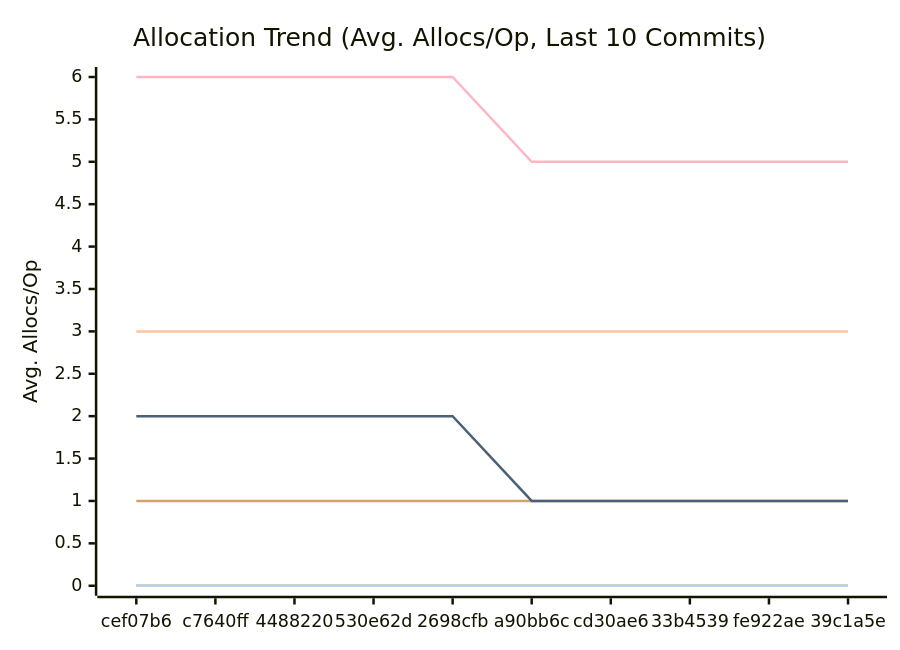
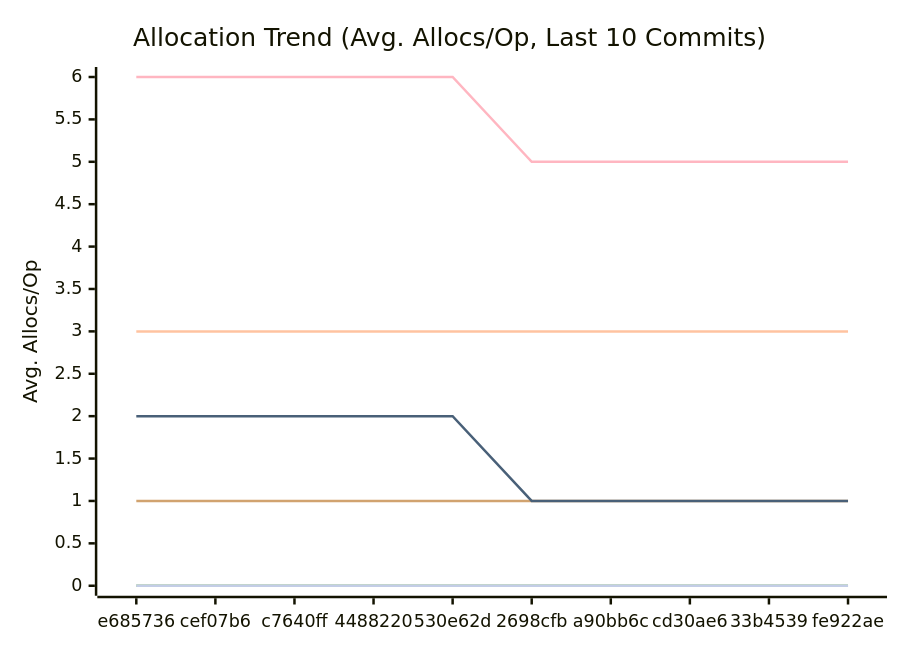
Before and after one commit to alsotoes/momo: the third of 3 diagrams in docs/PERFORMANCE.md, drawn with Mermaid. The commit also changed other lines of this file and 2 other files, not shown here.

````diff
--- a/docs/PERFORMANCE.md
+++ b/docs/PERFORMANCE.md
@@ -114,16 +114,16 @@
 ```mermaid
 xychart-beta
     title "Allocation Trend (Avg. Allocs/Op, Last 10 Commits)"
     x-axis "Commit"
     y-axis "Avg. Allocs/Op"
-    x-axis [cef07b6,c7640ff,4488220,530e62d,2698cfb,a90bb6c,cd30ae6,33b4539,fe922ae,39c1a5e]
+    x-axis [e685736,cef07b6,c7640ff,4488220,530e62d,2698cfb,a90bb6c,cd30ae6,33b4539,fe922ae]
     line "CheckMetricsAndSwap" [0,0,0,0,0,0,0,0,0,0]
     line "CrushOptimized" [0,0,0,0,0,0,0,0,0,0]
     line "CrushOriginal" [3,3,3,3,3,3,3,3,3,3]
     line "IndexDirectTracking" [0,0,0,0,0,0,0,0,0,0]
     line "IndexSearch" [0,0,0,0,0,0,0,0,0,0]
     line "LoadGlobalConfig" [1,1,1,1,1,1,1,1,1,1]
     line "PadString" [0,0,0,0,0,0,0,0,0,0]
     line "ParseReplicationOrder_NoPrealloc" [6,6,6,6,6,5,5,5,5,5]
     line "ParseReplicationOrder_Prealloc" [2,2,2,2,2,1,1,1,1,1]
 ```
````
